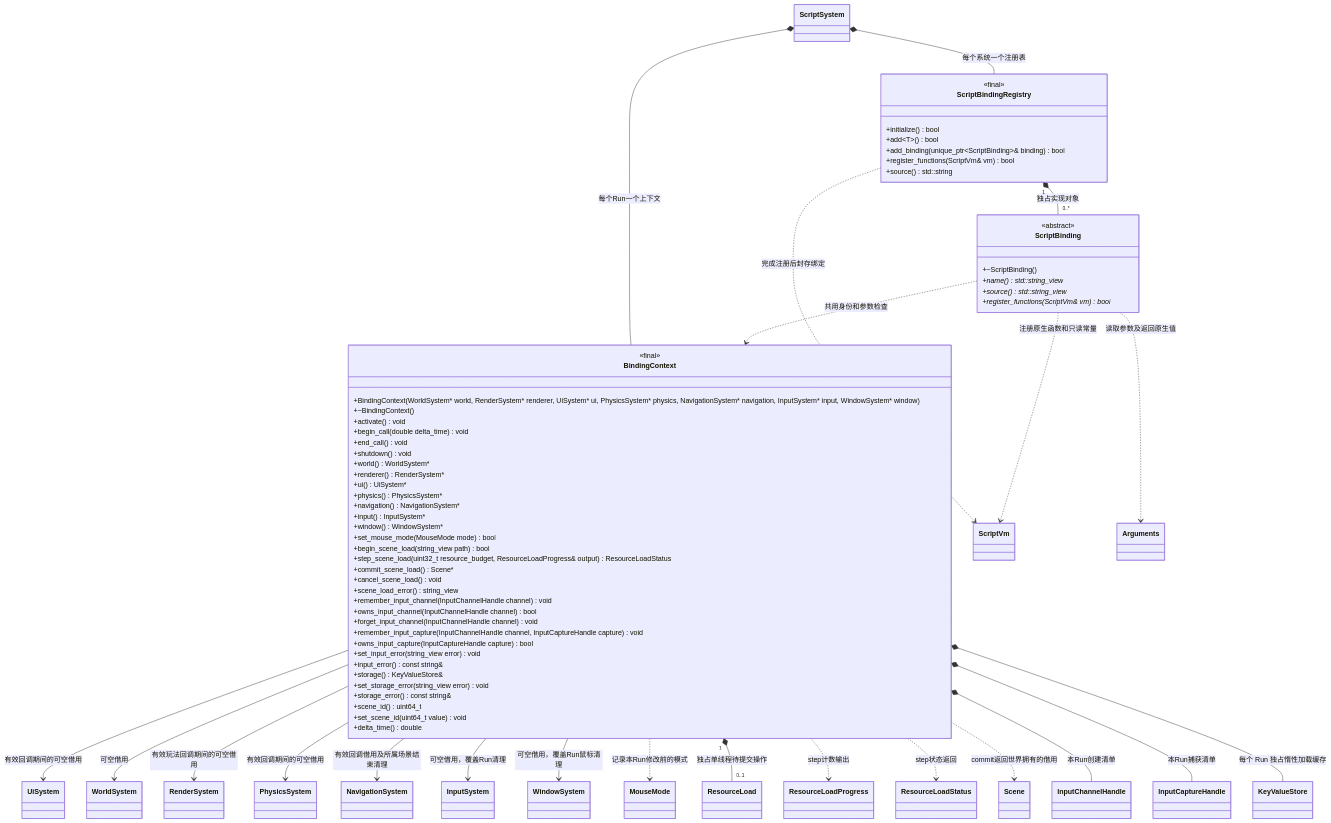
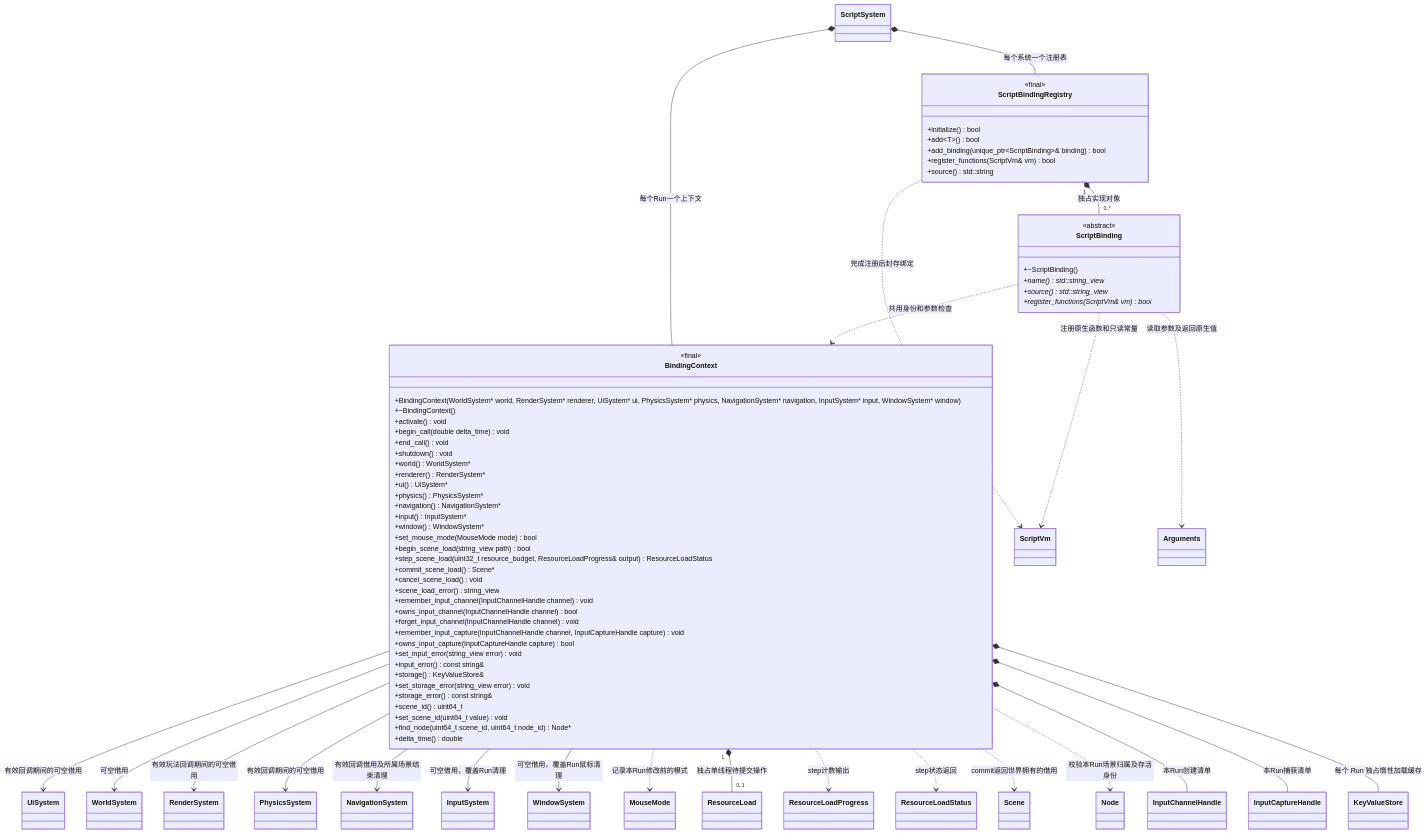
One commit to lcals/Engine changed the first of 6 diagrams in docs/plugins/runtime/class-diagrams/script-bindings.md. Above: the diagram before and after it, drawn with Mermaid. The commit also changed other lines of this file and 98 other files, not shown here.

Commit message:
Preserve persistent node trees and UI across scene changes

```diff
--- a/docs/plugins/runtime/class-diagrams/script-bindings.md
+++ b/docs/plugins/runtime/class-diagrams/script-bindings.md
@@ -67,6 +67,7 @@
         +storage_error() const string&
         +scene_id() uint64_t
         +set_scene_id(uint64_t value) void
+        +find_node(uint64_t scene_id, uint64_t node_id) Node#42;
         +delta_time() double
     }
     class ScriptVm
@@ -84,6 +85,7 @@
     class ResourceLoadProgress
     class ResourceLoadStatus
     class Scene
+    class Node
     class InputChannelHandle
     class InputCaptureHandle
     class KeyValueStore
@@ -106,6 +108,7 @@
     BindingContext ..> ResourceLoadProgress : step计数输出
     BindingContext ..> ResourceLoadStatus : step状态返回
     BindingContext ..> Scene : commit返回世界拥有的借用
+    BindingContext ..> Node : 校验本Run场景归属及存活身份
     BindingContext *-- InputChannelHandle : 本Run创建清单
     BindingContext *-- InputCaptureHandle : 本Run捕获清单
     BindingContext *-- KeyValueStore : 每个 Run 独占惰性加载缓存
```
